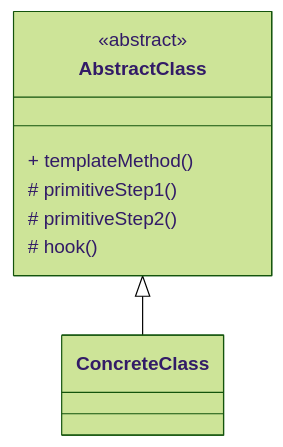
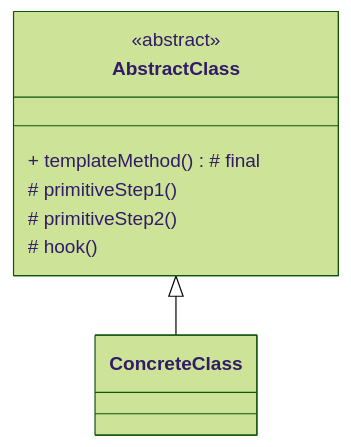
One commit to tghrxxxyyy/knowledge-base changed the diagram in 设计模式/行为型/模板方法模式.md. Above: the diagram before and after it, drawn with Mermaid (forest theme). The commit also changed other lines of this file and 44 other files, not shown here.

````diff
--- a/设计模式/行为型/模板方法模式.md
+++ b/设计模式/行为型/模板方法模式.md
@@ -13,12 +37,12 @@
 ```mermaid
 classDiagram
     class AbstractClass {
         <<abstract>>
-        + templateMethod()
+        + templateMethod()  # final
         # primitiveStep1()
         # primitiveStep2()
         # hook()
     }
     class ConcreteClass
     AbstractClass <|-- ConcreteClass
 ```
````
